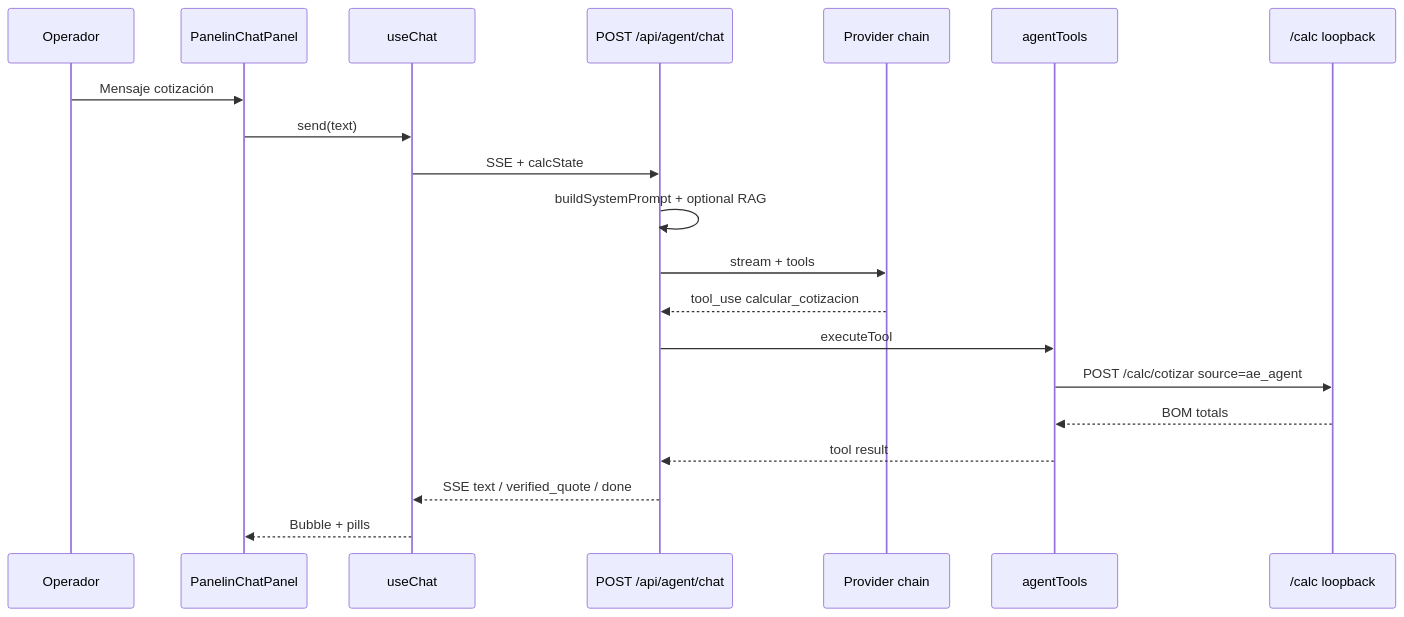
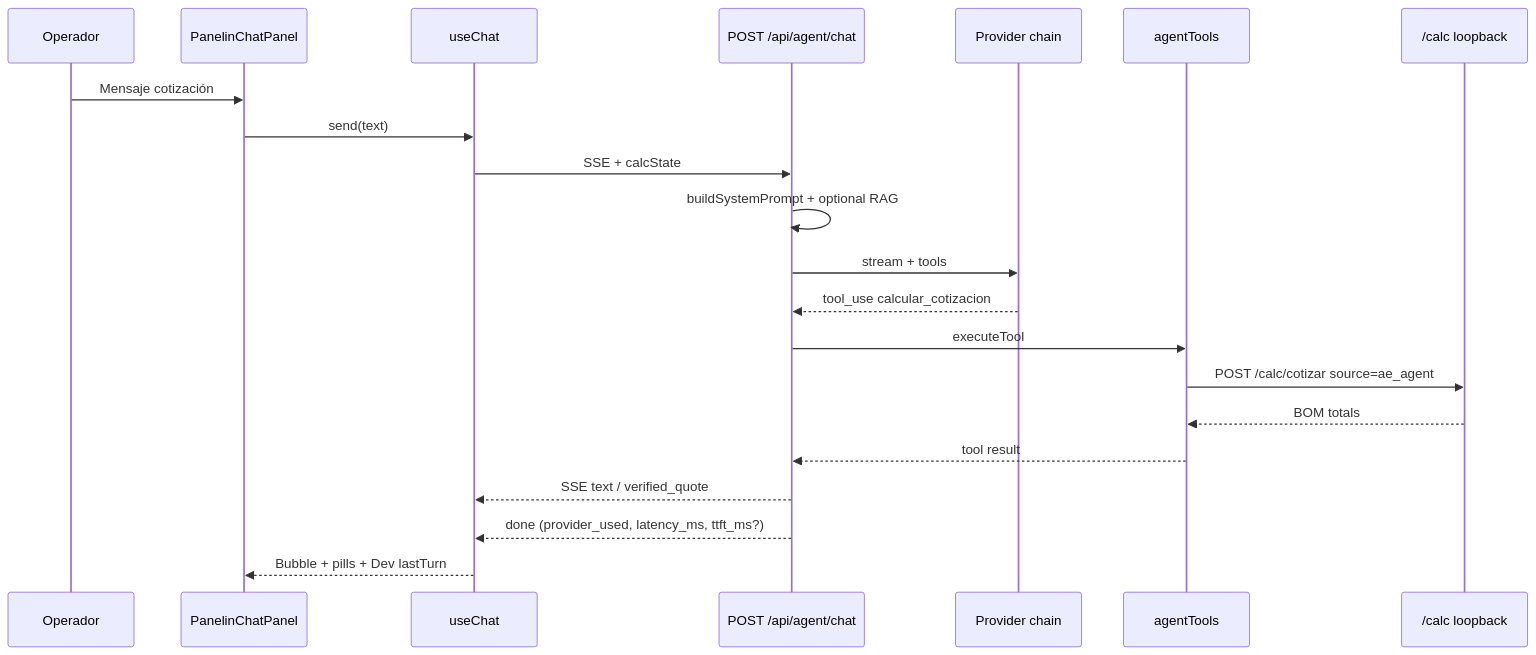
One commit to matiasportugau-ui/Calculadora-BMC changed the third of 3 diagrams in docs/sdd/panelin-ai-agent-platform/SDD.md. Above: the diagram before and after it, drawn with Mermaid. The commit also changed other lines of this file and 12 other files, not shown here.

````diff
--- a/docs/sdd/panelin-ai-agent-platform/SDD.md
+++ b/docs/sdd/panelin-ai-agent-platform/SDD.md
@@ -256,23 +257,24 @@
 ```mermaid
 sequenceDiagram
   participant U as Operador
   participant UI as PanelinChatPanel
   participant C as useChat
   participant API as POST /api/agent/chat
   participant LLM as Provider chain
   participant T as agentTools
   participant Calc as /calc loopback
 
   U->>UI: Mensaje cotización
   UI->>C: send(text)
   C->>API: SSE + calcState
   API->>API: buildSystemPrompt + optional RAG
   API->>LLM: stream + tools
   LLM-->>API: tool_use calcular_cotizacion
   API->>T: executeTool
   T->>Calc: POST /calc/cotizar source=ae_agent
   Calc-->>T: BOM totals
   T-->>API: tool result
-  API-->>C: SSE text / verified_quote / done
-  C-->>UI: Bubble + pills
+  API-->>C: SSE text / verified_quote
+  API-->>C: done (provider_used, latency_ms, ttft_ms?)
+  C-->>UI: Bubble + pills + Dev lastTurn
 ```
````
